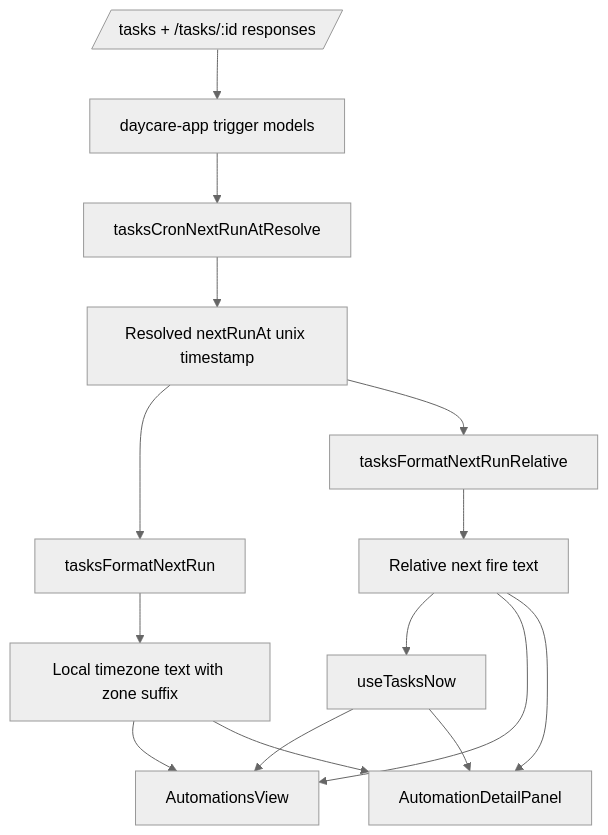
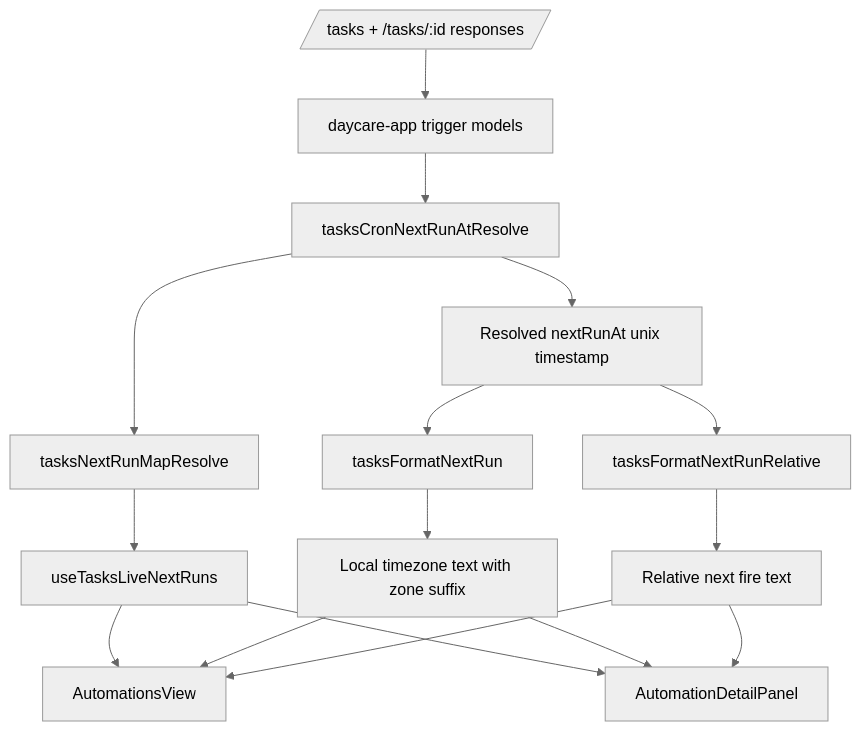
Before and after one commit to ex3ndr/daycare: the diagram in doc/app-automation-next-fire-local-time.md, drawn with Mermaid (neutral theme). The commit also changed other lines of this file and 10 other files, not shown here.

````diff
--- a/doc/app-automation-next-fire-local-time.md
+++ b/doc/app-automation-next-fire-local-time.md
@@ -14,17 +14,18 @@
 ```mermaid
 flowchart TD
     A[/tasks + /tasks/:id responses/] --> B[daycare-app trigger models]
     B --> C[tasksCronNextRunAtResolve]
     C --> D[Resolved nextRunAt unix timestamp]
     D --> E[tasksFormatNextRun]
     D --> F[tasksFormatNextRunRelative]
     E --> G[Local timezone text with zone suffix]
     F --> H[Relative next fire text]
-    H --> K[useTasksNow]
-    K --> I[Live list refresh]
-    K --> J[Live detail refresh]
+    C --> K[tasksNextRunMapResolve]
+    K --> L[useTasksLiveNextRuns]
+    L --> I[Live list refresh]
+    L --> J[Live detail refresh]
     G --> I[AutomationsView]
     G --> J[AutomationDetailPanel]
     H --> I
     H --> J
 ```
````
